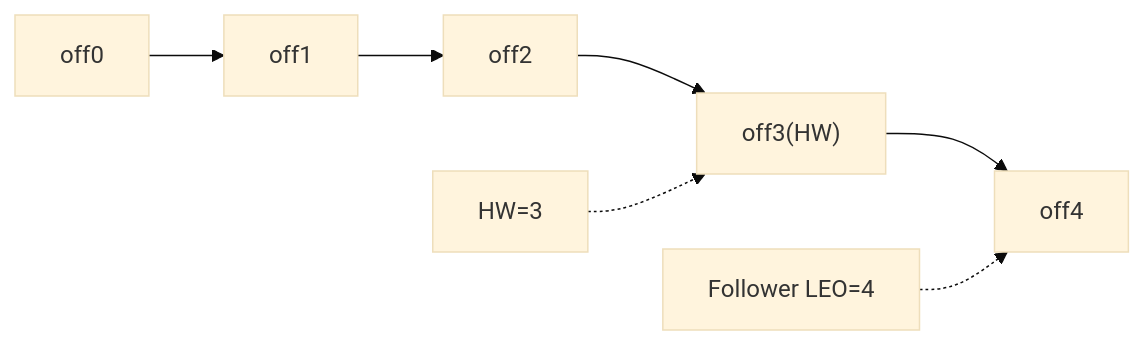
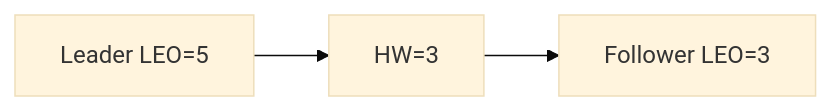
The seventh of 11 diagrams in _posts/kafka/2026-05-01-kafka-fundamentals.md (yjkim2015/yjkim2015.github.io), drawn with Mermaid (base theme) before and after one commit. The commit also changed other lines of this file and 5 other files, not shown here.

````diff
--- a/_posts/kafka/2026-05-01-kafka-fundamentals.md
+++ b/_posts/kafka/2026-05-01-kafka-fundamentals.md
@@ -437,6 +508,5 @@
 ```mermaid
 graph LR
-    O0["off0"] --> O1["off1"] --> O2["off2"] --> O3["off3(HW)"] --> O4["off4"]
-    HW["HW=3"] -.-> O3
-    F1["Follower LEO=4"] -.-> O4
+    L["Leader LEO=5"] --> HW["HW=3"]
+    HW --> F1["Follower LEO=3"]
 ```
````
